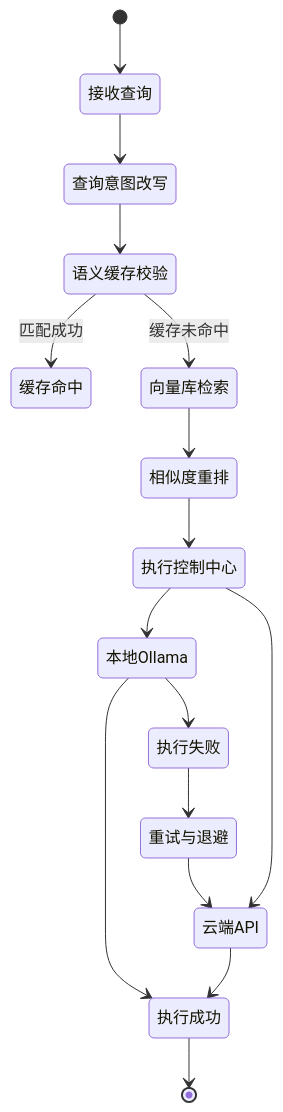
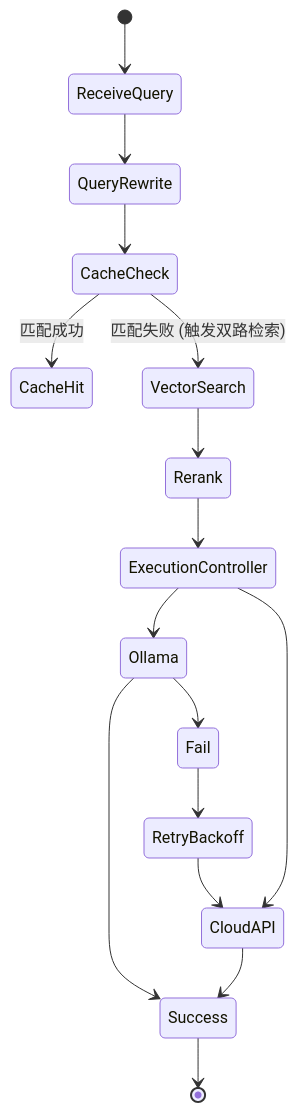
One commit to Hao610/AI-Model-Atlas changed the second of 2 diagrams in docs/ARCHITECTURE_zh.md. Above: the diagram before and after it, drawn with Mermaid. The commit also changed other lines of this file and 3 other files, not shown here.

Commit message:
docs: sync deep dive count, enhance architecture docs with codebase links

````diff
--- a/docs/ARCHITECTURE_zh.md
+++ b/docs/ARCHITECTURE_zh.md
@@ -75,24 +80,24 @@
 ```mermaid
 stateDiagram-v2
-    [*] --> 接收查询
-    接收查询 --> 查询意图改写
-    查询意图改写 --> 语义缓存校验
+    [*] --> ReceiveQuery
+    ReceiveQuery --> QueryRewrite
+    QueryRewrite --> CacheCheck
 
-    语义缓存校验 --> 缓存命中: 匹配成功
-    语义缓存校验 --> 向量库检索: 缓存未命中
+    CacheCheck --> CacheHit: 匹配成功
+    CacheCheck --> VectorSearch: 匹配失败 (触发双路检索)
 
-    向量库检索 --> 相似度重排
-    相似度重排 --> 执行控制中心
+    VectorSearch --> Rerank
+    Rerank --> ExecutionController
 
-    执行控制中心 --> 本地Ollama
-    执行控制中心 --> 云端API
+    ExecutionController --> Ollama
+    ExecutionController --> CloudAPI
 
-    本地Ollama --> 执行成功
-    本地Ollama --> 执行失败
+    Ollama --> Success
+    Ollama --> Fail
 
-    执行失败 --> 重试与退避
-    重试与退避 --> 云端API
+    Fail --> RetryBackoff
+    RetryBackoff --> CloudAPI
 
-    云端API --> 执行成功
-    执行成功 --> [*]
+    CloudAPI --> Success
+    Success --> [*]
 ```
````
